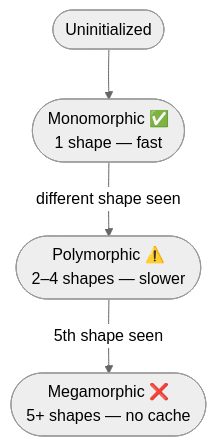
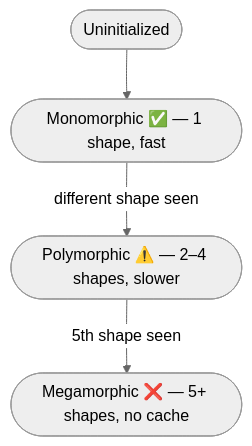
Before and after one commit to chris-heathwood/xn: the second of 5 diagrams in RULES.md, drawn with Mermaid (neutral theme).

Commit message:
More tweaks to diagram

````diff
--- a/RULES.md
+++ b/RULES.md
@@ -111,11 +111,11 @@
 ```mermaid
 flowchart TD
     Uninit([Uninitialized])
-    Mono([Monomorphic ✅\n1 shape — fast])
-    Poly([Polymorphic ⚠️\n2–4 shapes — slower])
-    Mega([Megamorphic ❌\n5+ shapes — no cache])
+    Mono([Monomorphic ✅ — 1 shape, fast])
+    Poly([Polymorphic ⚠️ — 2–4 shapes, slower])
+    Mega([Megamorphic ❌ — 5+ shapes, no cache])
 
     Uninit --> Mono
     Mono -->|different shape seen| Poly
     Poly -->|5th shape seen| Mega
 ```
````
